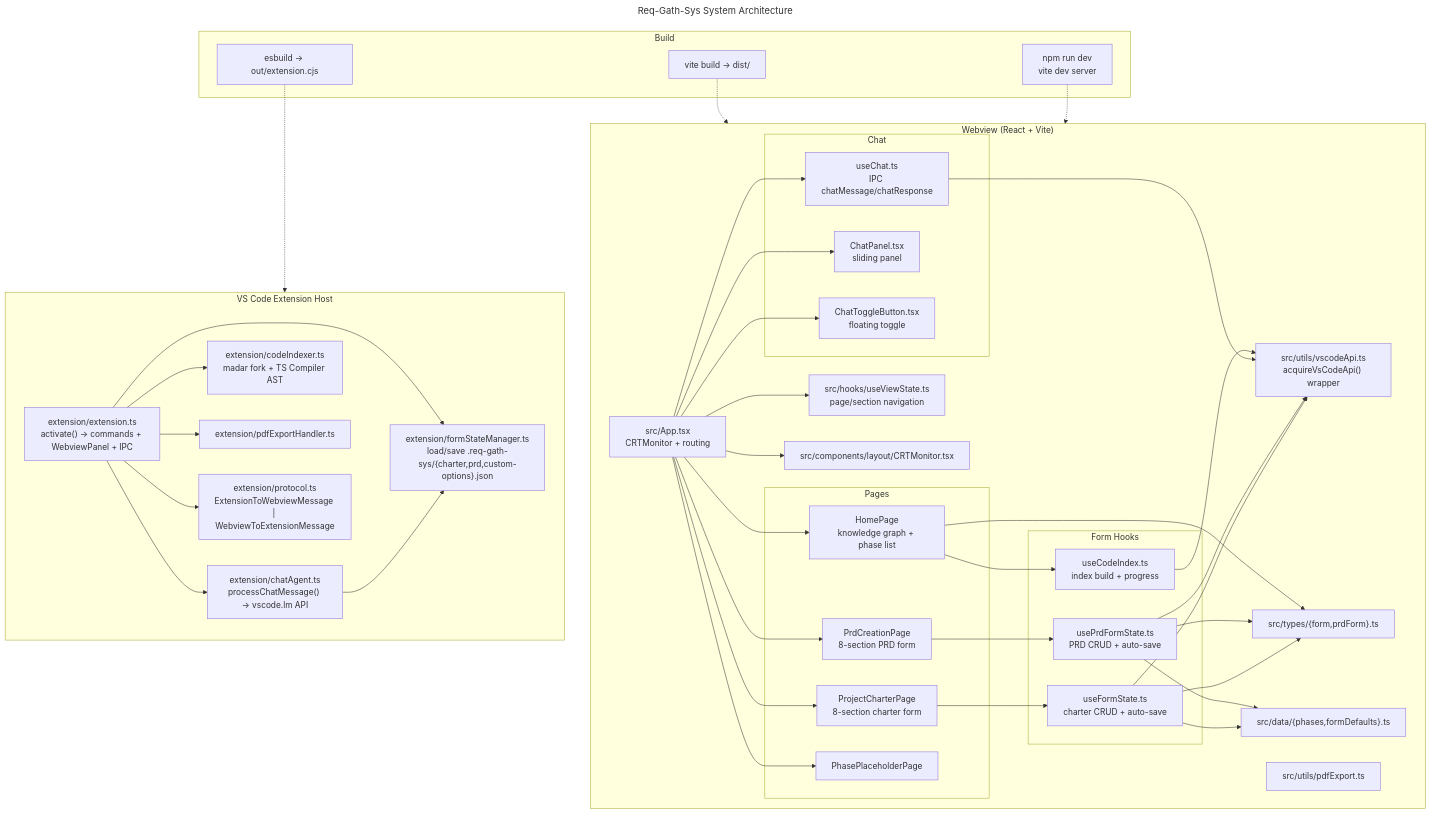
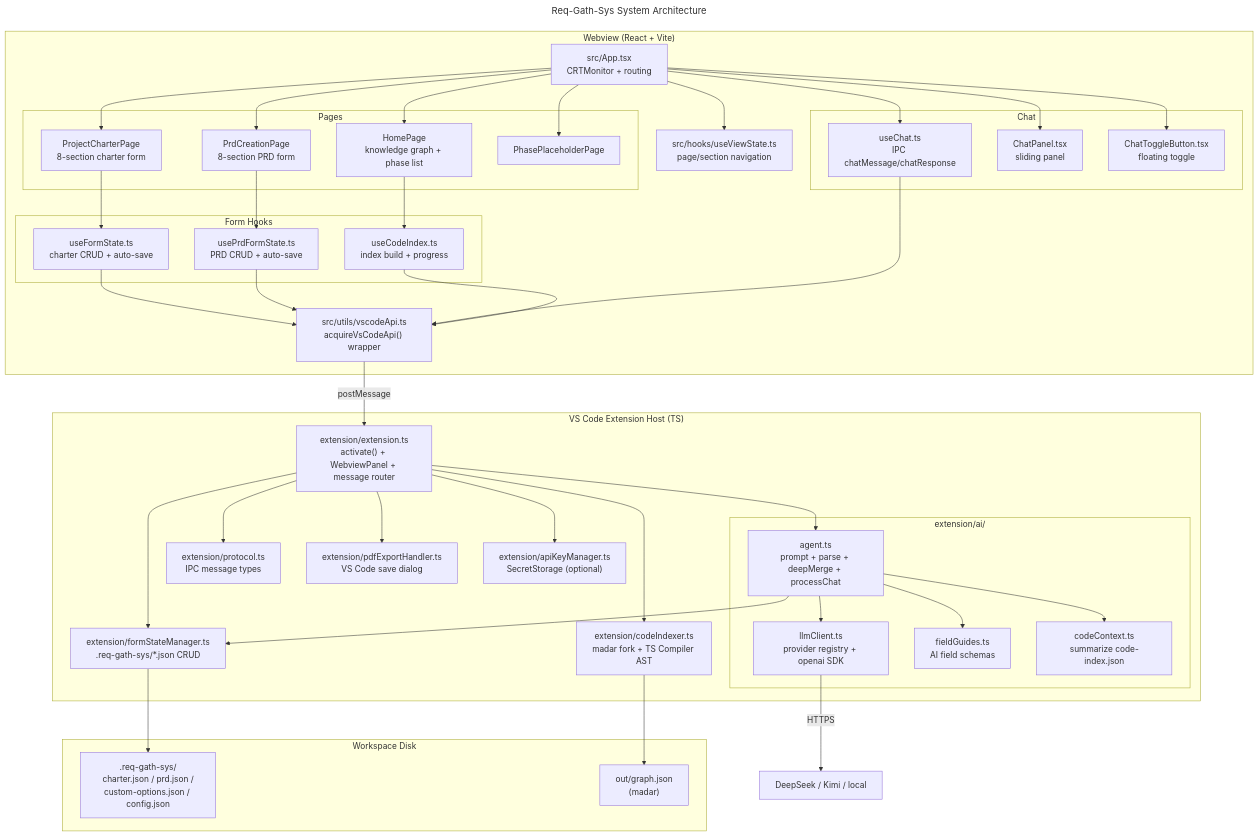
One commit to MoneebbYCh/CharterAi changed the first of 4 diagrams in ARCHITECTURE.md. Above: the diagram before and after it, drawn with Mermaid. The commit also changed other lines of this file and 33 other files, not shown here.

````diff
--- a/ARCHITECTURE.md
+++ b/ARCHITECTURE.md
@@ -5,22 +15,6 @@
 title: Req-Gath-Sys System Architecture
 ---
 graph TB
-  subgraph VSCODE["VS Code Extension Host"]
-    EXT["extension/extension.ts<br/>activate() → commands + WebviewPanel + IPC"]
-    FSM["extension/formStateManager.ts<br/>load/save .req-gath-sys/{charter,prd,custom-options}.json"]
-    CHAT["extension/chatAgent.ts<br/>processChatMessage() → vscode.lm API"]
-    CI["extension/codeIndexer.ts<br/>madar fork + TS Compiler AST"]
-    PDF["extension/pdfExportHandler.ts"]
-    PROTO["extension/protocol.ts<br/>ExtensionToWebviewMessage | WebviewToExtensionMessage"]
-
-    EXT --> FSM
-    EXT --> CHAT
-    EXT --> CI
-    EXT --> PDF
-    EXT --> PROTO
-    CHAT --> FSM
-  end
-
   subgraph WEBVIEW["Webview (React + Vite)"]
     APP["src/App.tsx<br/>CRTMonitor + routing"]
     VIEW["src/hooks/useViewState.ts<br/>page/section navigation"]
@@ -44,11 +38,28 @@
       TOGGLE["ChatToggleButton.tsx<br/>floating toggle"]
     end
 
-    UI["src/components/layout/CRTMonitor.tsx"]
-    TYPES["src/types/{form,prdForm}.ts"]
-    DATA["src/data/{phases,formDefaults}.ts"]
     VAPI["src/utils/vscodeApi.ts<br/>acquireVsCodeApi() wrapper"]
-    PDFEX["src/utils/pdfExport.ts"]
+  end
+
+  subgraph VSCODE["VS Code Extension Host (TS)"]
+    EXT["extension/extension.ts<br/>activate() + WebviewPanel + message router"]
+    PROTO["extension/protocol.ts<br/>IPC message types"]
+    FSTATE["extension/formStateManager.ts<br/>.req-gath-sys/*.json CRUD"]
+    CI["extension/codeIndexer.ts<br/>madar fork + TS Compiler AST"]
+    PDF["extension/pdfExportHandler.ts<br/>VS Code save dialog"]
+    AKM["extension/apiKeyManager.ts<br/>SecretStorage (optional)"]
+
+    subgraph AI["extension/ai/"]
+      AGENT["agent.ts<br/>prompt + parse + deepMerge + processChat"]
+      LLM["llmClient.ts<br/>provider registry + openai SDK"]
+      GUIDES["fieldGuides.ts<br/>AI field schemas"]
+      CTX["codeContext.ts<br/>summarize code-index.json"]
+    end
+  end
+
+  subgraph DISK["Workspace Disk"]
+    STATE[".req-gath-sys/<br/>charter.json / prd.json /<br/>custom-options.json / config.json"]
+    GRAPH["out/graph.json<br/>(madar)"]
   end
 
   APP --> VIEW
@@ -56,34 +67,29 @@
   APP --> CHARTER
   APP --> PRD
   APP --> PLACEHOLDER
-  APP --> UI
   APP --> UCHAT
   APP --> PANEL
   APP --> TOGGLE
-
   CHARTER --> UF
   PRD --> UP
   HOME --> UC
-
   UF --> VAPI
   UP --> VAPI
   UCHAT --> VAPI
   UC --> VAPI
 
-  UF --> TYPES
-  UP --> TYPES
-  HOME --> TYPES
-
-  UF --> DATA
-  UP --> DATA
-
-  subgraph BUILD["Build"]
-    ESBUILD["esbuild → out/extension.cjs"]
-    VITE["vite build → dist/"]
-    DEV["npm run dev<br/>vite dev server"]
-  end
-
-  ESBUILD -.-> VSCODE
-  VITE -.-> WEBVIEW
-  DEV -.-> WEBVIEW
+  VAPI -->|"postMessage"| EXT
+  EXT --> PROTO
+  EXT --> FSTATE
+  EXT --> CI
+  EXT --> PDF
+  EXT --> AKM
+  EXT --> AGENT
+  AGENT --> GUIDES
+  AGENT --> CTX
+  AGENT --> LLM
+  AGENT --> FSTATE
+  FSTATE --> STATE
+  CI --> GRAPH
+  LLM -->|"HTTPS"| PROVIDER["DeepSeek / Kimi / local"]
 ```
````
